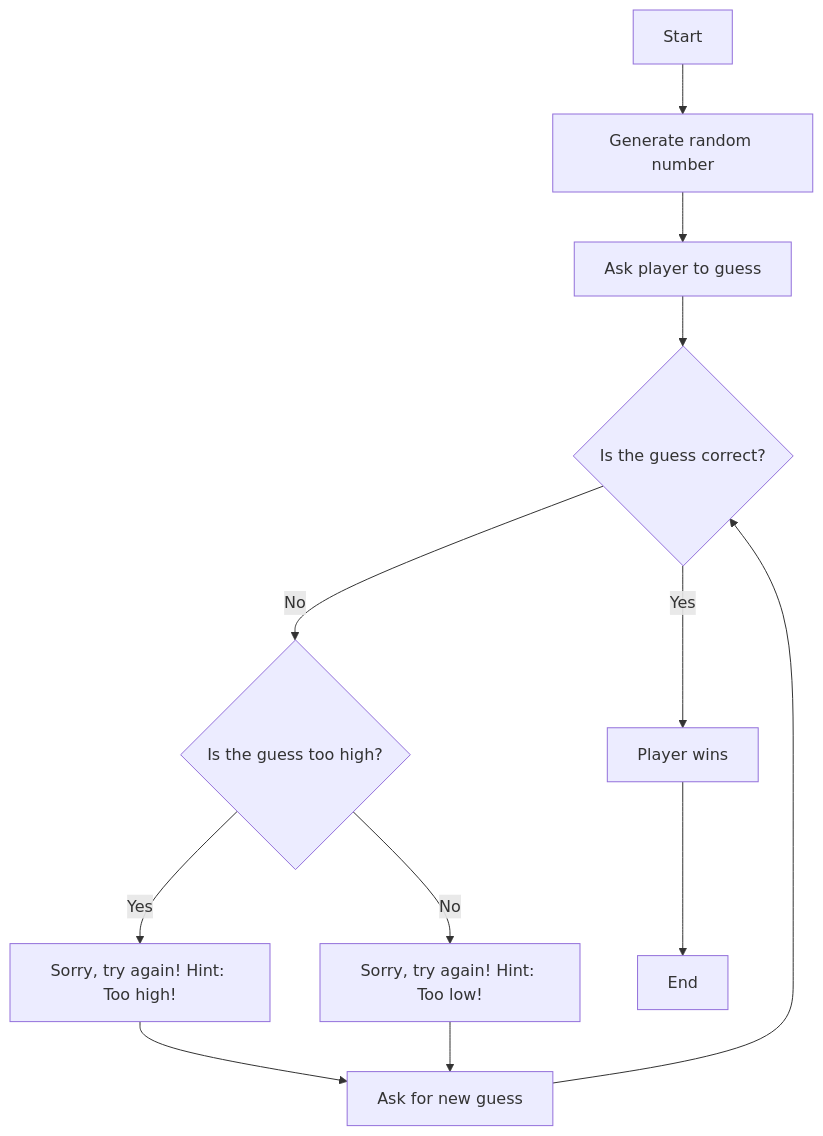
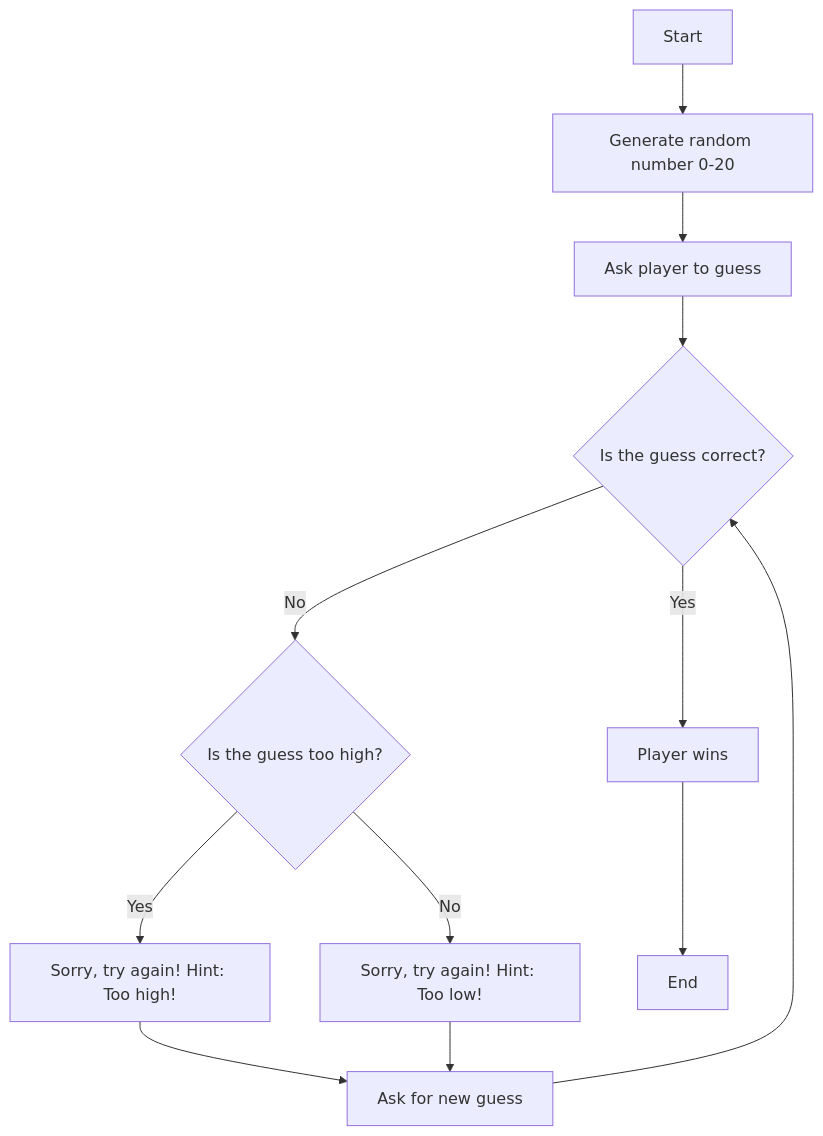
The diagram in Guessing.md (satajdar/satajdar.github.io), drawn with Mermaid before and after one commit.

````diff
--- a/Guessing.md
+++ b/Guessing.md
@@ -5,14 +5,14 @@
 ```mermaid
 graph TD;
-A[Start] --> B[Generate random number]
+A[Start] --> B[Generate random number 0-20]
     B --> C[Ask player to guess]
     C --> D{Is the guess correct?}
     D -->|Yes| E[Player wins]
     D -->|No| F{Is the guess too high?}
     F -->|Yes| G[Sorry, try again! Hint: Too high!]
     F -->|No| H[Sorry, try again! Hint: Too low!]
     G --> I[Ask for new guess]
     H --> I
     I --> D
     E --> J[End]
 ```
````
